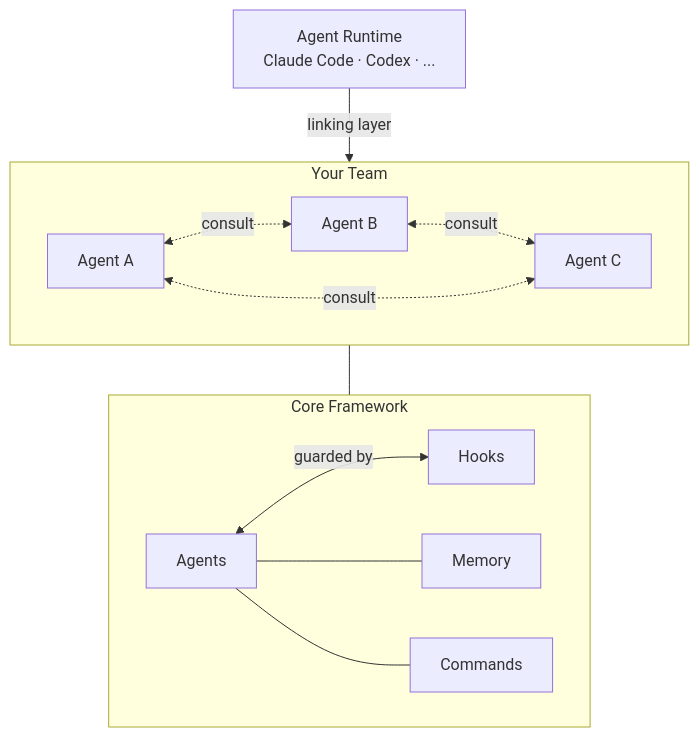
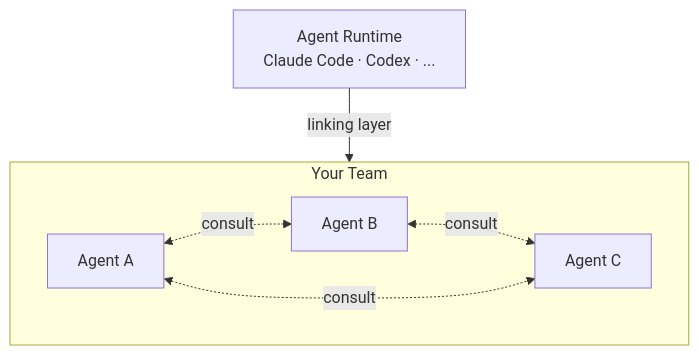
Before and after one commit to Kord96/kordinate: the diagram in docs/index.md, drawn with Mermaid. The commit also changed other lines of this file, not shown here.

First line of the commit message:
Simplify home page: diagram only, remove table and team section [scribe]

````diff
--- a/docs/index.md
+++ b/docs/index.md
@@ -9,19 +7,10 @@
 ```mermaid
 flowchart TB
     RT[Agent Runtime<br/>Claude Code · Codex · ...] -->|linking layer| team
 
     subgraph team[Your Team]
         A1[Agent A] <-.->|consult| A2[Agent B]
         A2 <-.->|consult| A3[Agent C]
         A1 <-.->|consult| A3
     end
-
-    subgraph core[Core Framework]
-        direction LR
-        AG[Agents] <-->|guarded by| HK[Hooks]
-        AG --- MEM[Memory]
-        AG --- CMD[Commands]
-    end
-
-    team --- core
 ```
````
